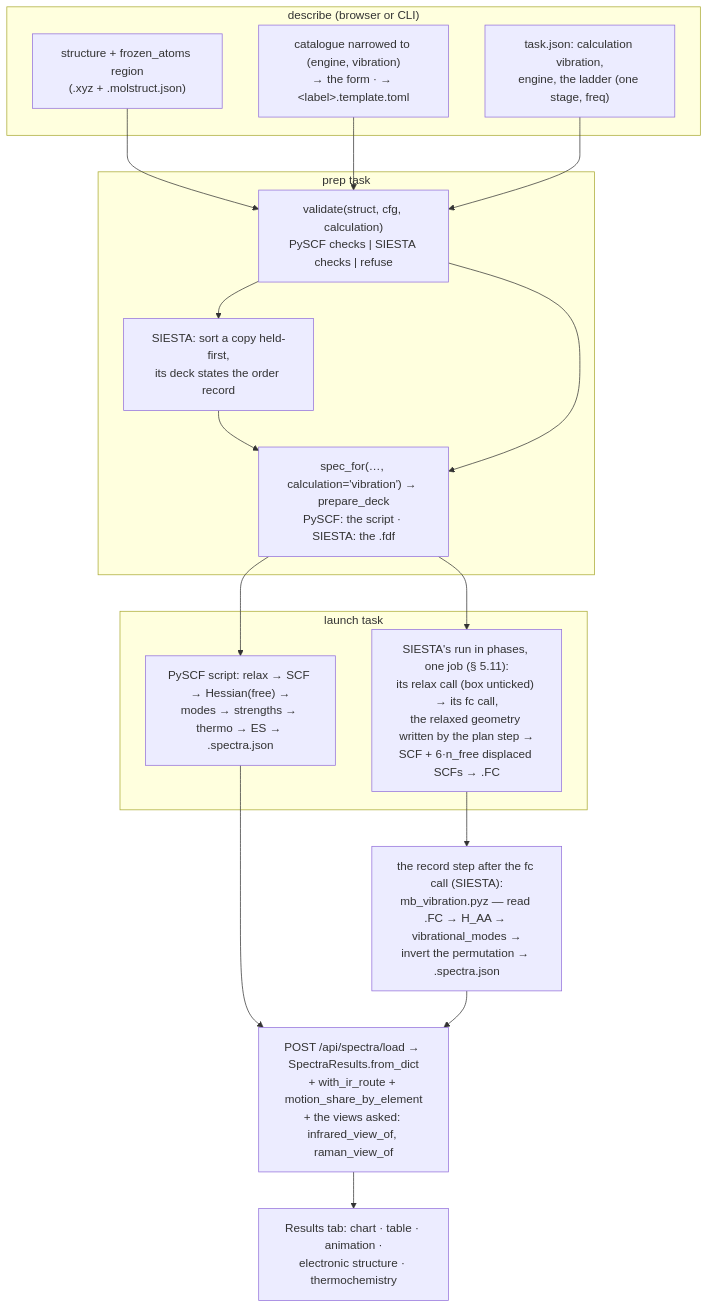
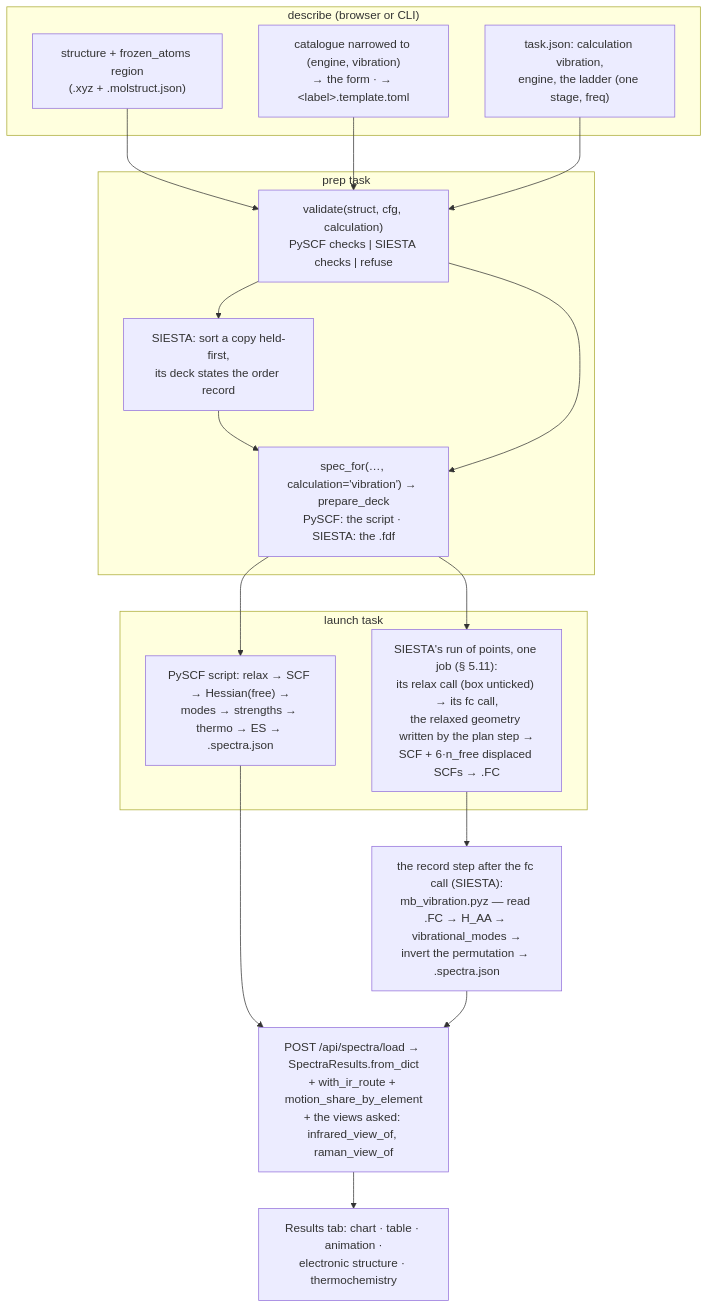
One commit to Qing-LAB/molbuilder changed the second of 2 diagrams in docs/engines/vibration.md. Above: the diagram before and after it, drawn with Mermaid. The commit also changed other lines of this file and 79 other files, not shown here.

````diff
--- a/docs/engines/vibration.md
+++ b/docs/engines/vibration.md
@@ -3742,23 +3744,23 @@
 ```mermaid
 flowchart TB
   subgraph describe["describe (browser or CLI)"]
     ST["structure + frozen_atoms region<br/>(.xyz + .molstruct.json)"]
     CAT["catalogue narrowed to (engine, vibration)<br/>→ the form · → &lt;label&gt;.template.toml"]
     TJ["task.json: calculation vibration,<br/>engine, the ladder (one stage, freq)"]
   end
   subgraph prep["prep task"]
     G["validate(struct, cfg, calculation)<br/>PySCF checks #124; SIESTA checks #124; refuse"]
     SORT["SIESTA: sort a copy held-first,<br/>its deck states the order record"]
     D["spec_for(…, calculation='vibration') → prepare_deck<br/>PySCF: the script · SIESTA: the .fdf"]
   end
   subgraph run["launch task"]
     PY["PySCF script: relax → SCF → Hessian(free) →<br/>modes → strengths → thermo → ES → .spectra.json"]
-    SR["SIESTA's run in phases, one job (§ 5.11):<br/>its relax call (box unticked) → its fc call,<br/>the relaxed geometry written by the plan step →<br/>SCF + 6·n_free displaced SCFs → .FC"]
+    SR["SIESTA's run of points, one job (§ 5.11):<br/>its relax call (box unticked) → its fc call,<br/>the relaxed geometry written by the plan step →<br/>SCF + 6·n_free displaced SCFs → .FC"]
   end
   SUM["the record step after the fc call (SIESTA):<br/>mb_vibration.pyz — read .FC → H_AA → vibrational_modes →<br/>invert the permutation → .spectra.json"]
   LOAD["POST /api/spectra/load → SpectraResults.from_dict<br/>+ with_ir_route + motion_share_by_element<br/>+ the views asked: infrared_view_of, raman_view_of"]
   VIEW["Results tab: chart · table · animation ·<br/>electronic structure · thermochemistry"]
   ST --> G; CAT --> G; TJ --> G; G --> SORT --> D; G --> D
   D --> PY; D --> SR
   SR --> SUM; PY --> LOAD; SUM --> LOAD; LOAD --> VIEW
 ```
````
